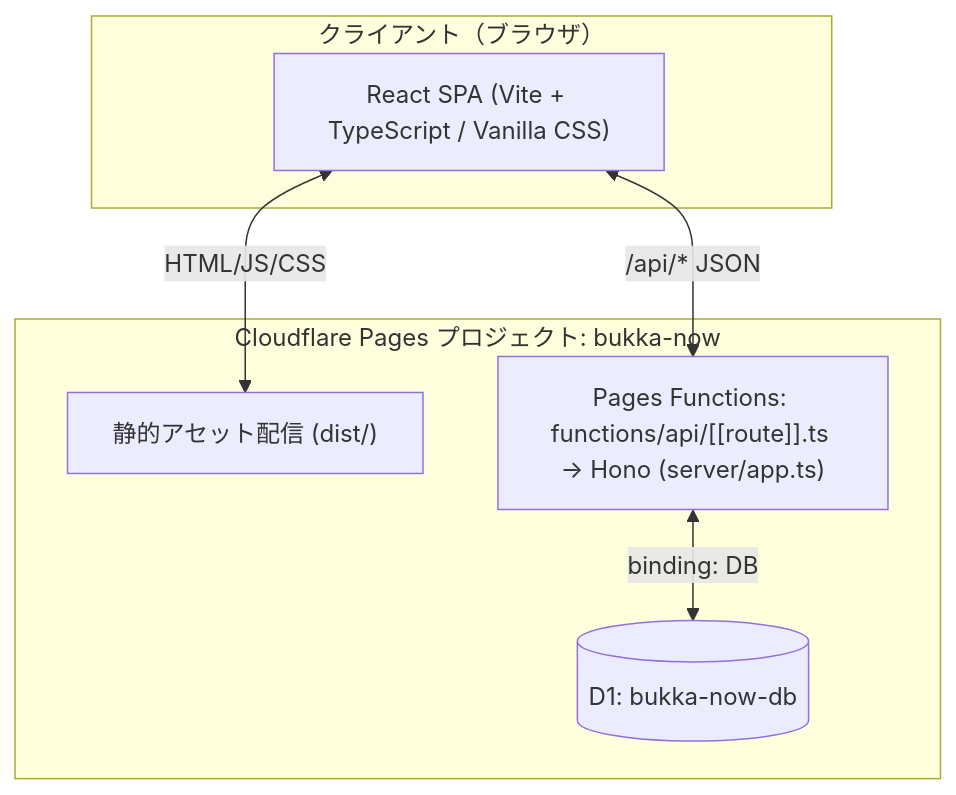
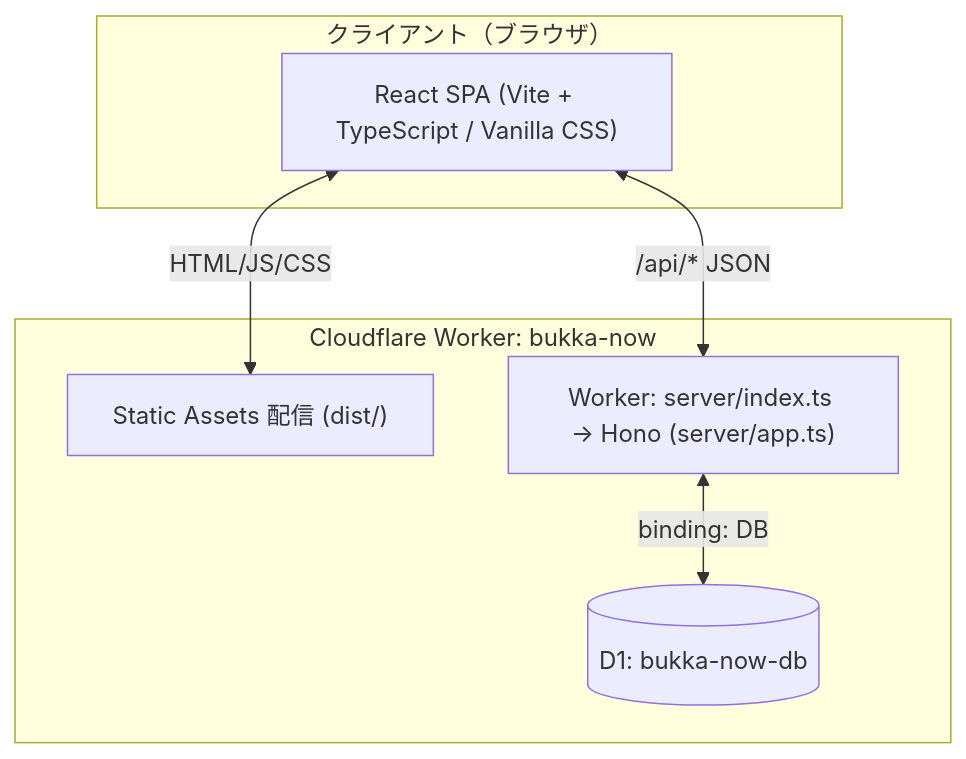
The diagram in docs/design/architecture.md (miiiwa1121/bukka_now), drawn with Mermaid before and after one commit. The commit also changed other lines of this file and 10 other files, not shown here.

First line of the commit message:
feat: ホスティングを Cloudflare Pages から Workers（Static Assets）に移行

````diff
--- a/docs/design/architecture.md
+++ b/docs/design/architecture.md
@@ -9,16 +9,16 @@
 ```mermaid
 graph TB
     subgraph Client ["クライアント（ブラウザ）"]
         SPA["React SPA (Vite + TypeScript / Vanilla CSS)"]
     end
 
-    subgraph Edge ["Cloudflare Pages プロジェクト: bukka-now"]
-        Static["静的アセット配信 (dist/)"]
-        Fn["Pages Functions: functions/api/[[route]].ts → Hono (server/app.ts)"]
+    subgraph Edge ["Cloudflare Worker: bukka-now"]
+        Static["Static Assets 配信 (dist/)"]
+        Fn["Worker: server/index.ts → Hono (server/app.ts)"]
         D1[("D1: bukka-now-db")]
     end
 
     SPA <--> |HTML/JS/CSS| Static
     SPA <--> |/api/* JSON| Fn
     Fn <--> |binding: DB| D1
 ```
````
